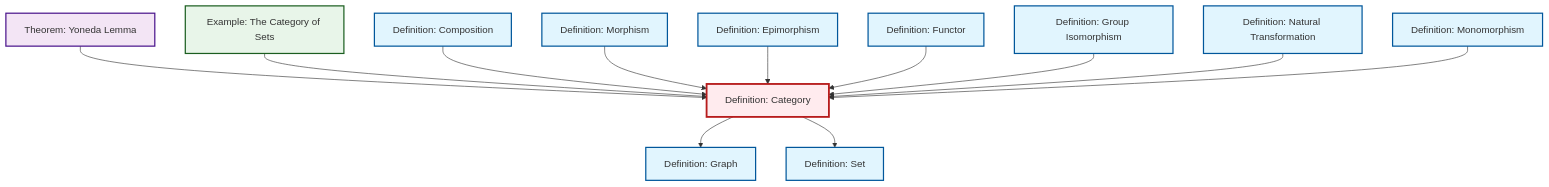
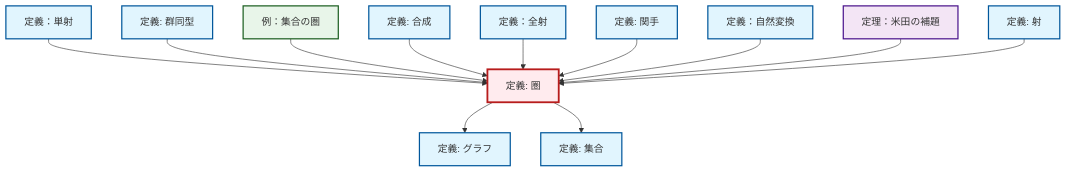
Before and after one commit to RK0429/ModernMath: the diagram in content/ja/category-theory/def-category.qmd, drawn with Mermaid. The commit also changed 1069 other files, not shown here.

````diff
--- a/content/ja/category-theory/def-category.qmd
+++ b/content/ja/category-theory/def-category.qmd
@@ -48,44 +48,44 @@
 ```{mermaid}
 %%| fig-cap: "Local dependency graph"
 graph TD
     classDef definition fill:#e1f5fe,stroke:#01579b,stroke-width:2px
     classDef theorem fill:#f3e5f5,stroke:#4a148c,stroke-width:2px
     classDef axiom fill:#fff3e0,stroke:#e65100,stroke-width:2px
     classDef example fill:#e8f5e9,stroke:#1b5e20,stroke-width:2px
     classDef current fill:#ffebee,stroke:#b71c1c,stroke-width:3px
-    def-set["Definition: Set"]:::definition
-    def-graph["Definition: Graph"]:::definition
-    def-isomorphism["Definition: Group Isomorphism"]:::definition
-    def-functor["Definition: Functor"]:::definition
-    def-natural-transformation["Definition: Natural Transformation"]:::definition
-    def-epimorphism["Definition: Epimorphism"]:::definition
-    def-category["Definition: Category"]:::definition
-    def-morphism["Definition: Morphism"]:::definition
-    thm-yoneda["Theorem: Yoneda Lemma"]:::theorem
-    def-composition["Definition: Composition"]:::definition
-    ex-set-category["Example: The Category of Sets"]:::example
-    def-monomorphism["Definition: Monomorphism"]:::definition
-    thm-yoneda --> def-category
+    def-monomorphism["定義：単射"]:::definition
+    def-category["定義: 圏"]:::definition
+    def-graph["定義: グラフ"]:::definition
+    def-set["定義: 集合"]:::definition
+    thm-yoneda["定理：米田の補題"]:::theorem
+    def-epimorphism["定義：全射"]:::definition
+    def-isomorphism["定義: 群同型"]:::definition
+    def-natural-transformation["定義：自然変換"]:::definition
+    def-composition["定義: 合成"]:::definition
+    ex-set-category["例：集合の圏"]:::example
+    def-morphism["定義: 射"]:::definition
+    def-functor["定義: 関手"]:::definition
+    def-category --> def-graph
+    def-monomorphism --> def-category
+    def-isomorphism --> def-category
     ex-set-category --> def-category
-    def-category --> def-graph
     def-composition --> def-category
-    def-category --> def-set
-    def-morphism --> def-category
     def-epimorphism --> def-category
     def-functor --> def-category
-    def-isomorphism --> def-category
     def-natural-transformation --> def-category
-    def-monomorphism --> def-category
+    thm-yoneda --> def-category
+    def-morphism --> def-category
+    def-category --> def-set
     class def-category current
-    click def-set "def-set.html" "Definition: Setへ"
-    click def-graph "def-graph.html" "Definition: Graphへ"
-    click def-isomorphism "def-isomorphism.html" "Definition: Group Isomorphismへ"
-    click def-functor "def-functor.html" "Definition: Functorへ"
-    click def-natural-transformation "def-natural-transformation.html" "Definition: Natural Transformationへ"
-    click def-epimorphism "def-epimorphism.html" "Definition: Epimorphismへ"
-    click def-morphism "def-morphism.html" "Definition: Morphismへ"
-    click thm-yoneda "thm-yoneda.html" "Theorem: Yoneda Lemmaへ"
-    click def-composition "def-composition.html" "Definition: Compositionへ"
-    click ex-set-category "ex-set-category.html" "Example: The Category of Setsへ"
-    click def-monomorphism "def-monomorphism.html" "Definition: Monomorphismへ"
+    click def-monomorphism "def-monomorphism.html" "定義：単射へ"
+    click def-graph "def-graph.html" "グラフの定義へ"
+    click def-set "def-set.html" "集合の定義へ"
+    click thm-yoneda "thm-yoneda.html" "定理：米田の補題へ"
+    click def-epimorphism "def-epimorphism.html" "定義：全射へ"
+    click def-isomorphism "def-isomorphism.html" "群同型の定義へ"
+    click def-natural-transformation "def-natural-transformation.html" "定義：自然変換へ"
+    click def-composition "def-composition.html" "合成の定義へ"
+    click ex-set-category "ex-set-category.html" "例：集合の圏へ"
+    click def-morphism "def-morphism.html" "射の定義へ"
+    click def-functor "def-functor.html" "関手の定義へ"
 ```
````
